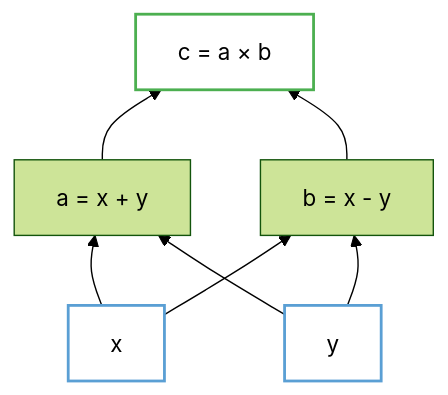
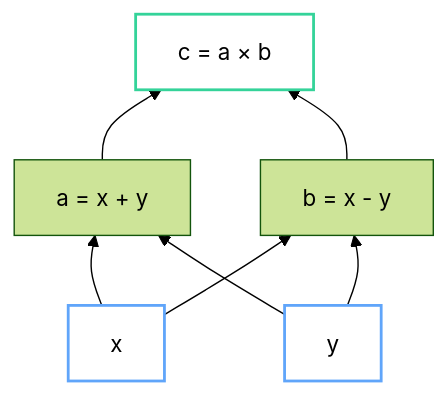
One commit to bolu-atx/bolu-atx.github.io changed the ninth of 9 diagrams in _posts/2025-06-15-autodiff-rust-part1-graphs.md. Above: the diagram before and after it, drawn with Mermaid (forest theme). The commit also changed other lines of this file and 5 other files, not shown here.

First line of the commit message:
Add dark mode support for Mermaid diagrams

````diff
--- a/_posts/2025-06-15-autodiff-rust-part1-graphs.md
+++ b/_posts/2025-06-15-autodiff-rust-part1-graphs.md
@@ -309,19 +314,20 @@
 ```mermaid
 graph BT
     x["x"]
     y["y"]
     a["a = x + y"]
     b["b = x - y"]
     c["c = a × b"]
 
     x --> a
     y --> a
     x --> b
     y --> b
     a --> c
     b --> c
 
-    style x fill:none,stroke:#5a9fd4,stroke-width:2px
-    style y fill:none,stroke:#5a9fd4,stroke-width:2px
-    style c fill:none,stroke:#4CAF50,stroke-width:2px
+    classDef input fill:none,stroke:#60a5fa,stroke-width:2px
+    classDef output fill:none,stroke:#34d399,stroke-width:2px
+    class x,y input
+    class c output
 ```
````
